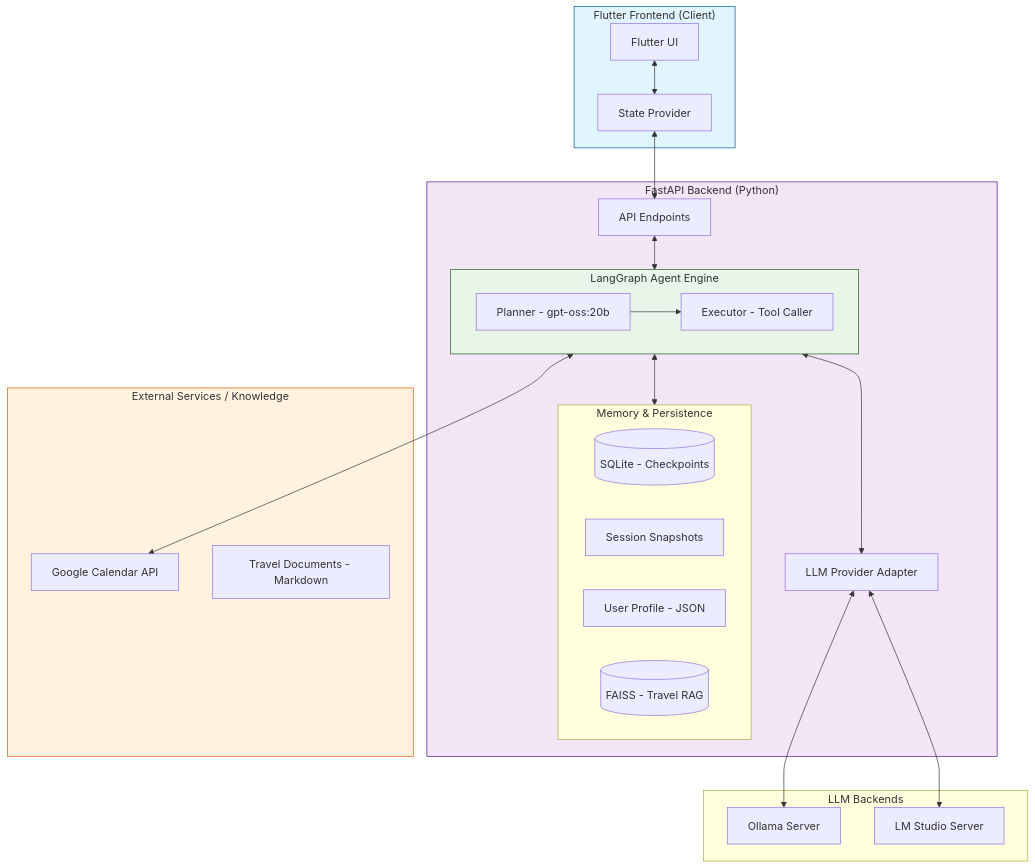
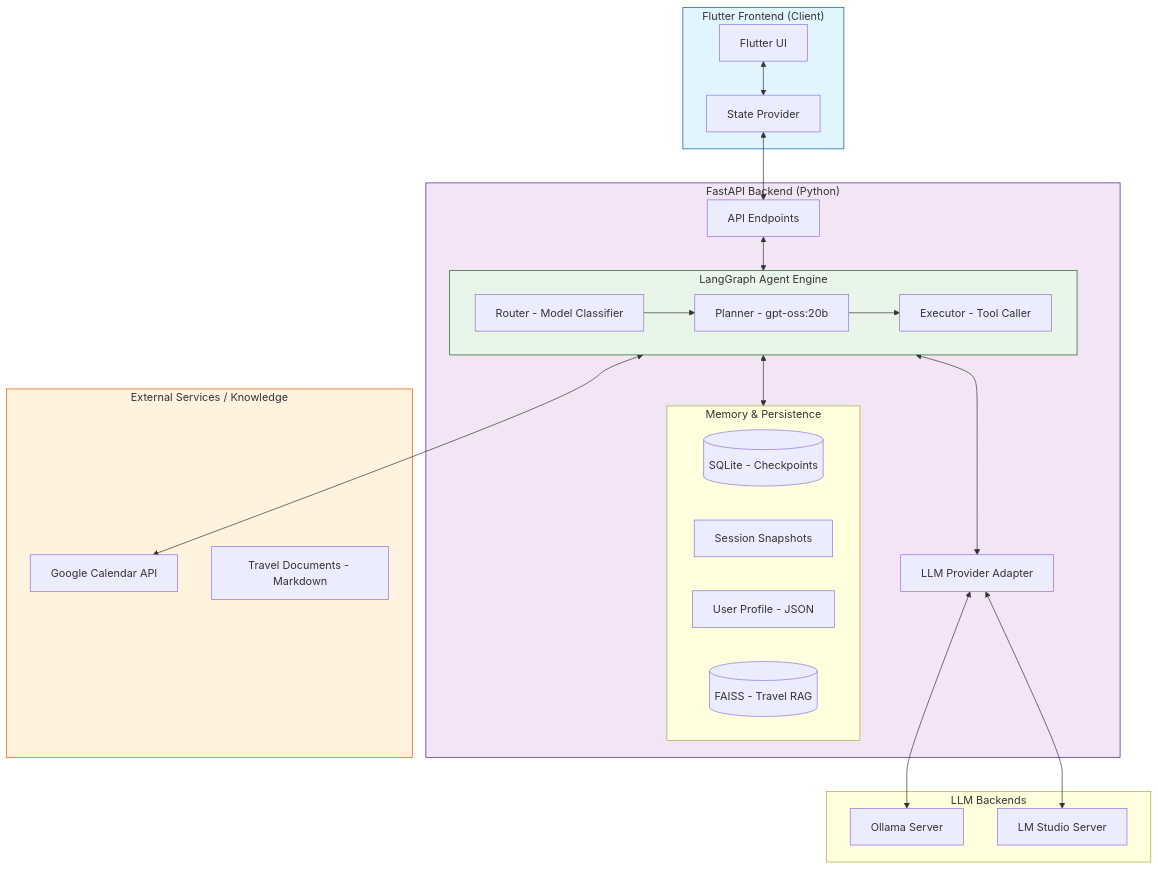
Before and after one commit to kc9302/AI_Assistant: the diagram in README.md, drawn with Mermaid. The commit also changed other lines of this file and 9 other files, not shown here.

````diff
--- a/README.md
+++ b/README.md
@@ -26,50 +27,52 @@
 ```mermaid
 graph TB
     subgraph Client ["Flutter Frontend (Client)"]
         UI["Flutter UI"]
         Prov["State Provider"]
         UI <--> Prov
     end
 
     subgraph Backend ["FastAPI Backend (Python)"]
         API["API Endpoints"]
         LLMProvider["LLM Provider Adapter"]
         
         subgraph Agent ["LangGraph Agent Engine"]
+            Router["Router - Model Classifier"]
             Planner["Planner - gpt-oss:20b"]
             Executor["Executor - Tool Caller"]
+            Router --> Planner
             Planner --> Executor
         end
         
         subgraph Storage ["Memory & Persistence"]
             DB[("SQLite - Checkpoints")]
             Sess["Session Snapshots"]
             Profile["User Profile - JSON"]
             VectorDB[("FAISS - Travel RAG")]
         end
 
         API <--> Agent
         Agent <--> LLMProvider
         Agent <--> Storage
     end
 
     subgraph LLMInfra ["LLM Backends"]
         Ollama["Ollama Server"]
         LMStudio["LM Studio Server"]
     end
 
     subgraph Infrastructure ["External Services / Knowledge"]
         GCal["Google Calendar API"]
         Docs["Travel Documents - Markdown"]
     end
 
     Prov <--> API
     LLMProvider <--> Ollama
     LLMProvider <--> LMStudio
     Agent <--> GCal
 
     style Client fill:#e1f5fe,stroke:#01579b
     style Backend fill:#f3e5f5,stroke:#4a148c
     style Infrastructure fill:#fff3e0,stroke:#e65100
     style Agent fill:#e8f5e9,stroke:#1b5e20
 ```
````
